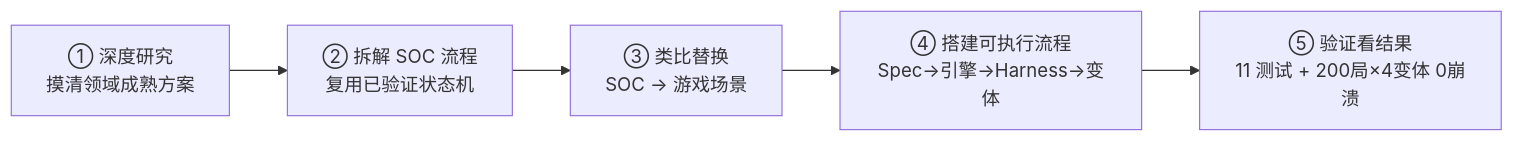
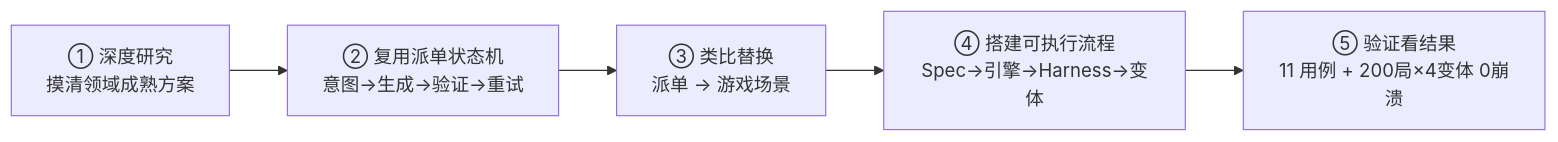
Before and after one commit to SYMlp/block-blast-pipeline: the diagram in README.md, drawn with Mermaid. The commit also changed other lines of this file and 13 other files, not shown here.

````diff
--- a/README.md
+++ b/README.md
@@ -20,7 +20,7 @@
 ```mermaid
 flowchart LR
-    A["① 深度研究<br/>摸清领域成熟方案"] --> B["② 拆解 SOC 流程<br/>复用已验证状态机"]
-    B --> C["③ 类比替换<br/>SOC → 游戏场景"]
+    A["① 深度研究<br/>摸清领域成熟方案"] --> B["② 复用派单状态机<br/>意图→生成→验证→重试"]
+    B --> C["③ 类比替换<br/>派单 → 游戏场景"]
     C --> D["④ 搭建可执行流程<br/>Spec→引擎→Harness→变体"]
-    D --> E["⑤ 验证看结果<br/>11 测试 + 200局×4变体 0崩溃"]
+    D --> E["⑤ 验证看结果<br/>11 用例 + 200局×4变体 0崩溃"]
 ```
````
